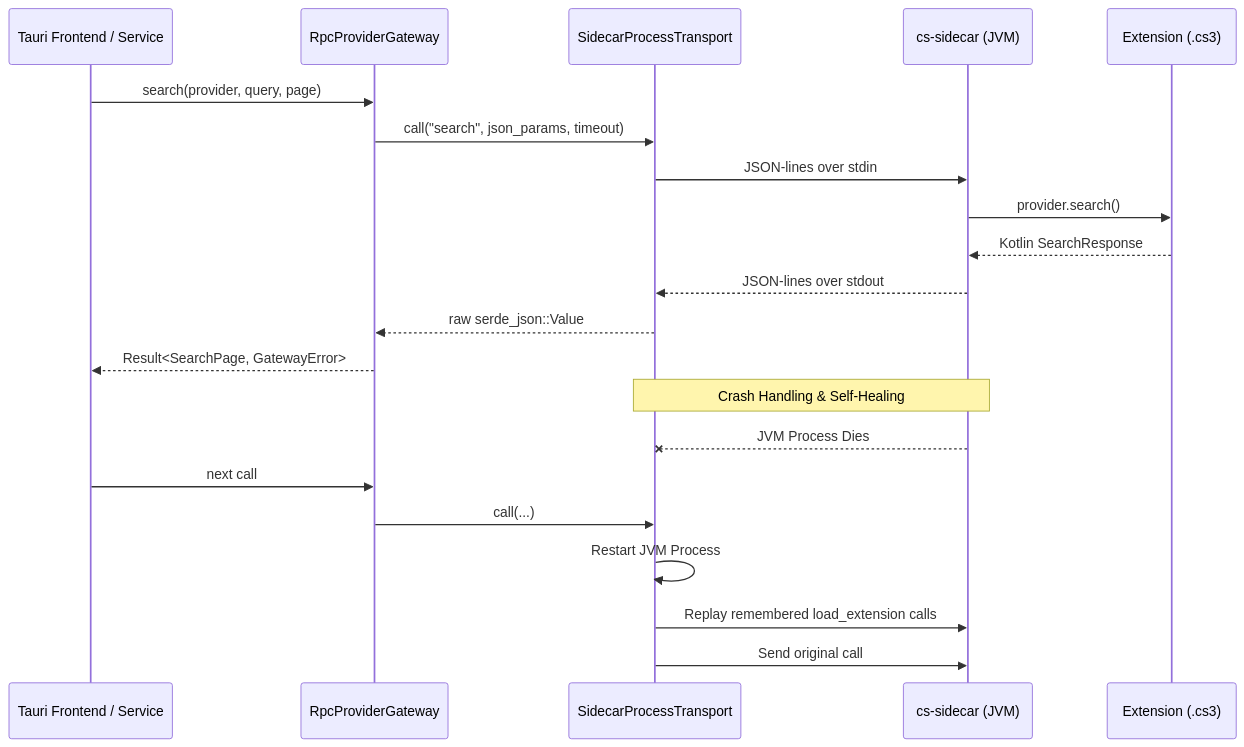
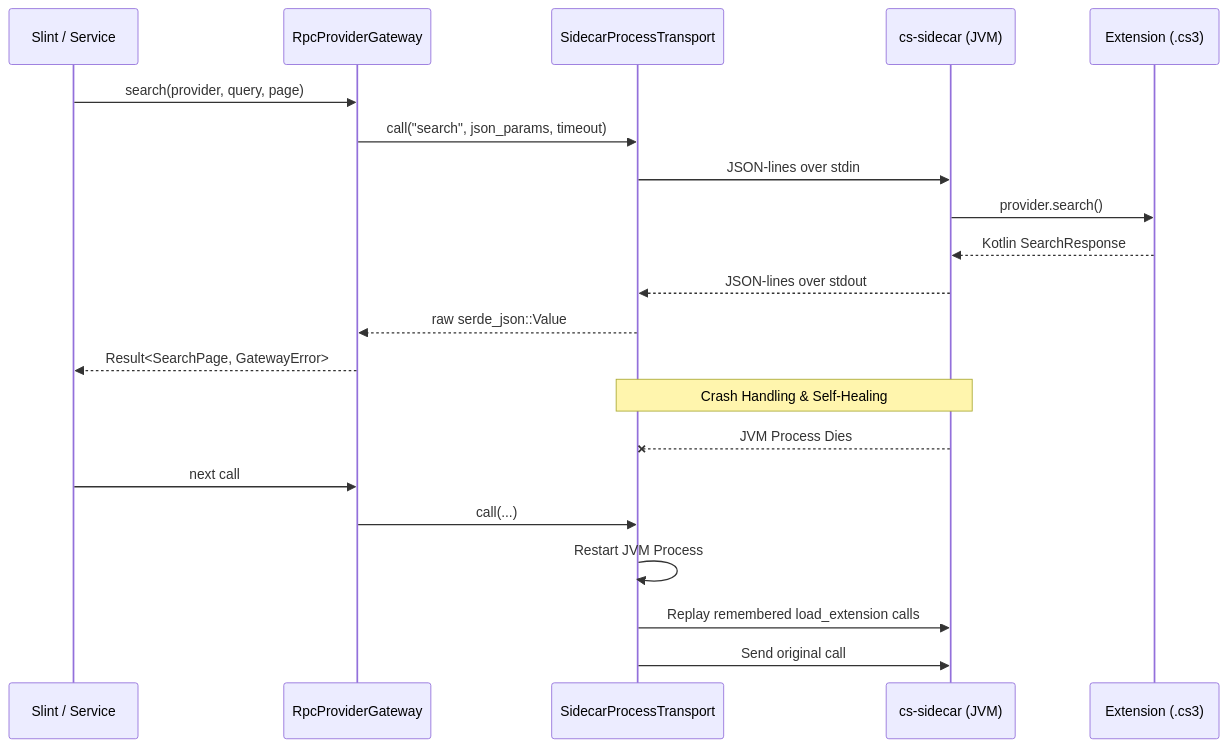
The first of 3 diagrams in AGENTS.md (CeeSmag/cloudstream-desktop-unofficial), drawn with Mermaid before and after one commit. The commit also changed other lines of this file and 30 other files, not shown here.

````diff
--- a/AGENTS.md
+++ b/AGENTS.md
@@ -446,25 +456,25 @@
 ```mermaid
 sequenceDiagram
-    participant UI as Tauri Frontend / Service
+    participant UI as Slint / Service
     participant GW as RpcProviderGateway
     participant TR as SidecarProcessTransport
     participant JV as cs-sidecar (JVM)
     participant EX as Extension (.cs3)
 
     UI->>GW: search(provider, query, page)
     GW->>TR: call("search", json_params, timeout)
     TR->>JV: JSON-lines over stdin
     JV->>EX: provider.search()
     EX-->>JV: Kotlin SearchResponse
     JV-->>TR: JSON-lines over stdout
     TR-->>GW: raw serde_json::Value
     GW-->>UI: Result<SearchPage, GatewayError>
 
     Note over TR,JV: Crash Handling & Self-Healing
     JV--xTR: JVM Process Dies
     UI->>GW: next call
     GW->>TR: call(...)
     TR->>TR: Restart JVM Process
     TR->>JV: Replay remembered load_extension calls
     TR->>JV: Send original call
 ```
````
